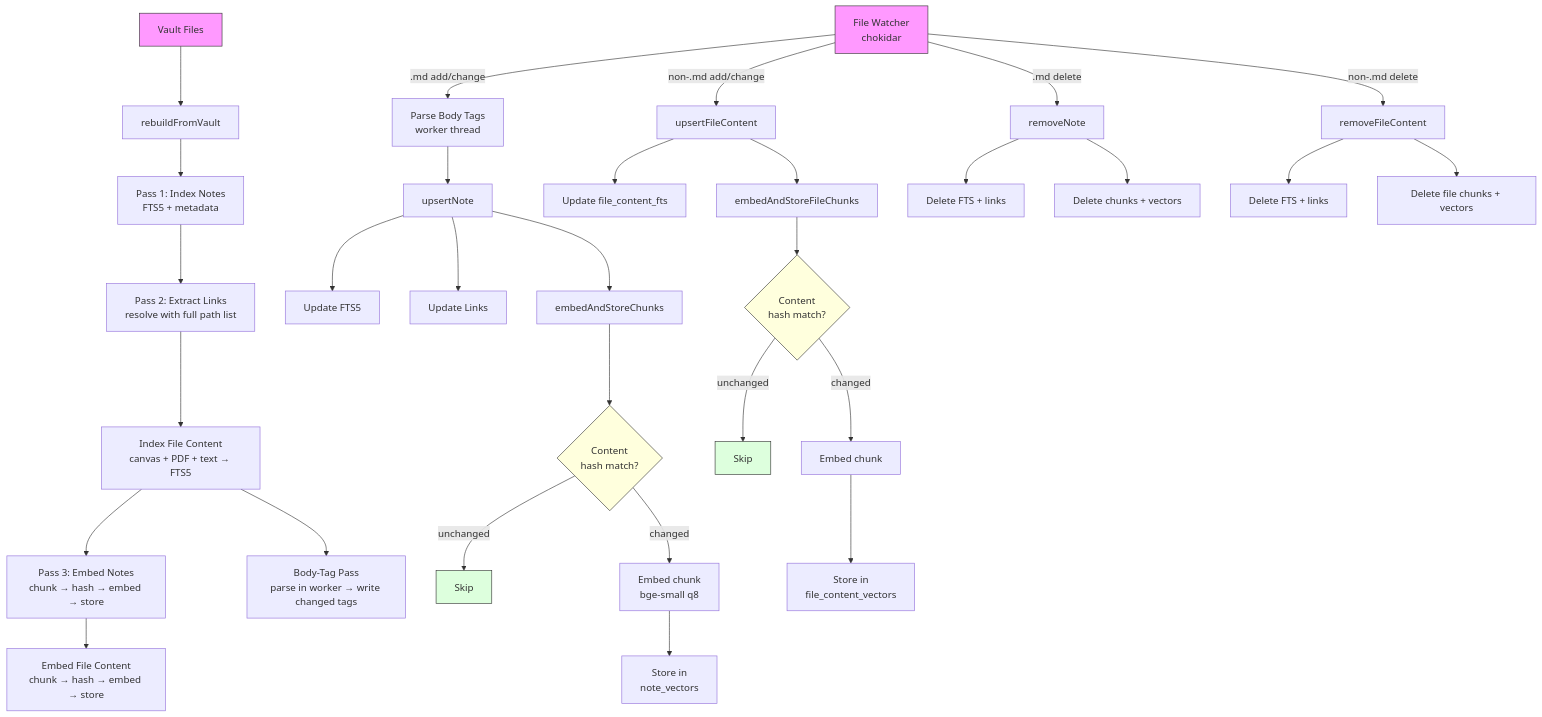
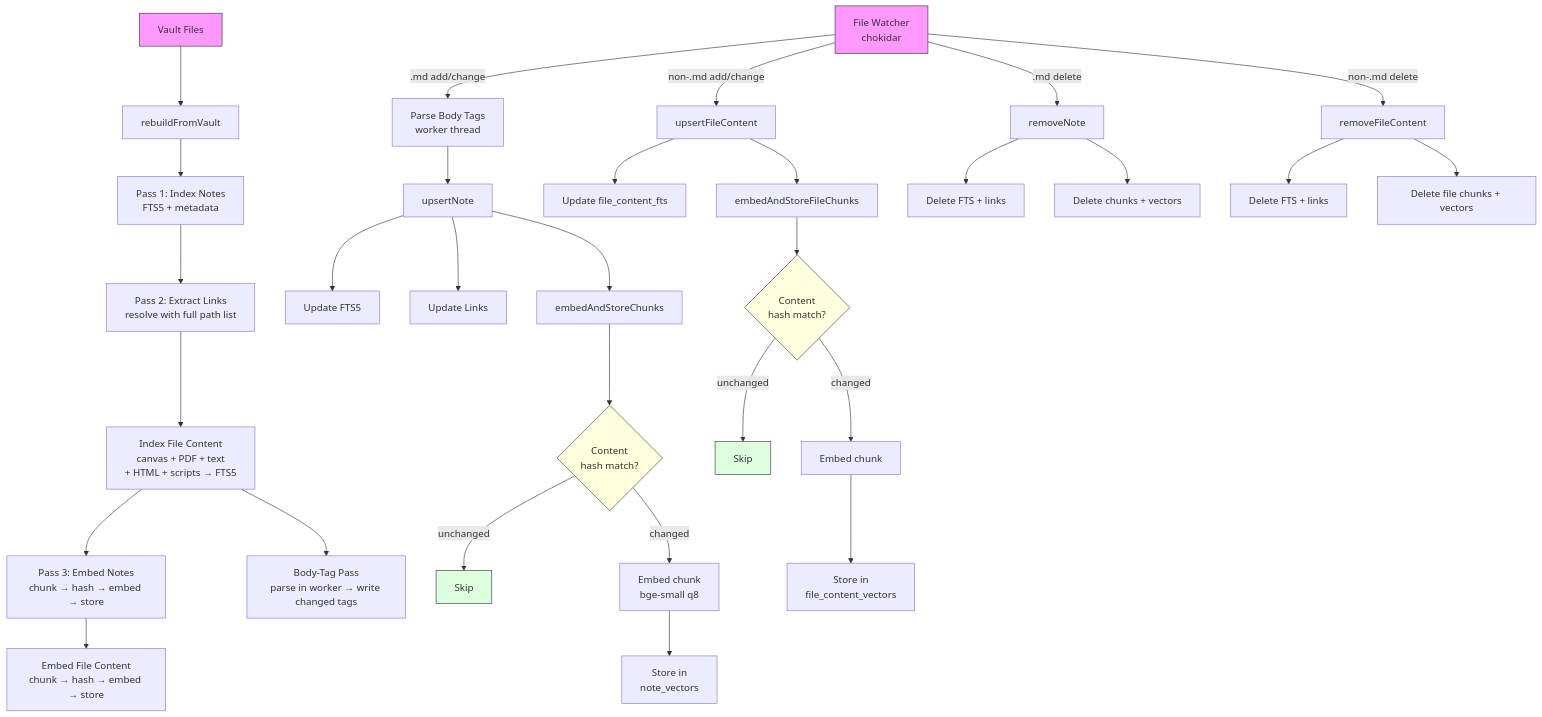
Before and after one commit to aliasunder/vault-cortex: the third of 6 diagrams in ARCHITECTURE.md, drawn with Mermaid. The commit also changed other lines of this file and 55 other files, not shown here.

First line of the commit message:
feat: read any UTF-8 file and search HTML pages and scripts (#746)

````diff
--- a/ARCHITECTURE.md
+++ b/ARCHITECTURE.md
@@ -577,43 +593,43 @@
 ```mermaid
 flowchart TD
     VF[Vault Files] --> RB[rebuildFromVault]
     RB --> P1[Pass 1: Index Notes\nFTS5 + metadata]
     P1 --> P2[Pass 2: Extract Links\nresolve with full path list]
-    P2 --> FC[Index File Content\ncanvas + PDF + text → FTS5]
+    P2 --> FC[Index File Content\ncanvas + PDF + text\n+ HTML + scripts → FTS5]
     FC --> P3[Pass 3: Embed Notes\nchunk → hash → embed → store]
     P3 --> P3F[Embed File Content\nchunk → hash → embed → store]
     FC --> BTP[Body-Tag Pass\nparse in worker → write changed tags]
 
     FW[File Watcher\nchokidar] --> |.md add/change| BT[Parse Body Tags\nworker thread]
     BT --> UP[upsertNote]
     UP --> FTS[Update FTS5]
     UP --> LK[Update Links]
     UP --> EM[embedAndStoreChunks]
     EM --> CH{Content\nhash match?}
     CH --> |unchanged| SK[Skip]
     CH --> |changed| EMB[Embed chunk\nbge-small q8]
     EMB --> VEC[Store in\nnote_vectors]
 
     FW --> |non-.md add/change| UFC[upsertFileContent]
     UFC --> FFTS[Update file_content_fts]
     UFC --> EFC[embedAndStoreFileChunks]
     EFC --> FCH{Content\nhash match?}
     FCH --> |unchanged| FSK[Skip]
     FCH --> |changed| FEMB[Embed chunk]
     FEMB --> FVEC[Store in\nfile_content_vectors]
 
     FW --> |.md delete| RM[removeNote]
     RM --> D1[Delete FTS + links]
     RM --> D2[Delete chunks + vectors]
 
     FW --> |non-.md delete| RMF[removeFileContent]
     RMF --> FD1[Delete FTS + links]
     RMF --> FD2[Delete file chunks + vectors]
 
     style VF fill:#f9f,stroke:#333
     style FW fill:#f9f,stroke:#333
     style CH fill:#ffd,stroke:#333
     style FCH fill:#ffd,stroke:#333
     style SK fill:#dfd,stroke:#333
     style FSK fill:#dfd,stroke:#333
 ```
````
